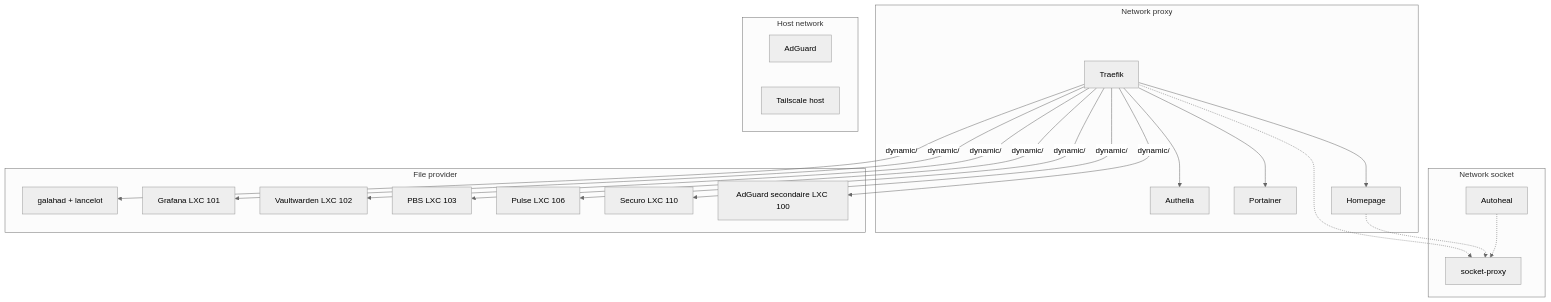
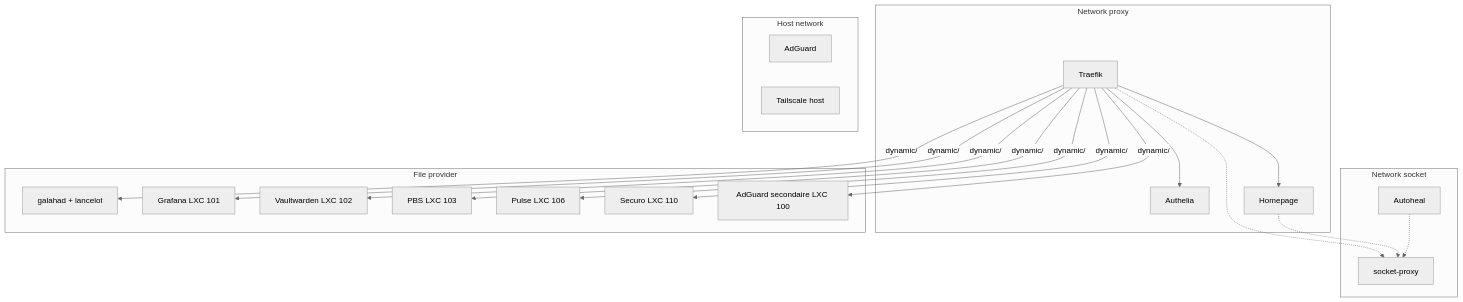
One commit to GabinSMD/homelab-doc changed the diagram in docs/services/index.md. Above: the diagram before and after it, drawn with Mermaid (neutral theme). The commit also changed other lines of this file and 3 other files, not shown here.

````diff
--- a/docs/services/index.md
+++ b/docs/services/index.md
@@ -110,30 +110,29 @@
 ```mermaid
 graph TB
     subgraph Network proxy
         Traefik --> Authelia
-        Traefik --> Portainer
         Traefik --> Homepage
     end
 
     subgraph Network socket
         SP[socket-proxy]
         Traefik -.-> SP
         Homepage -.-> SP
         Autoheal -.-> SP
     end
 
     subgraph Host network
         AdGuard
         Tailscale[Tailscale host]
     end
 
     subgraph File provider
         Traefik -->|dynamic/| PVE[galahad + lancelot]
         Traefik -->|dynamic/| Logs[Grafana LXC 101]
         Traefik -->|dynamic/| Vault[Vaultwarden LXC 102]
         Traefik -->|dynamic/| PBS[PBS LXC 103]
         Traefik -->|dynamic/| Pulse[Pulse LXC 106]
         Traefik -->|dynamic/| Securo[Securo LXC 110]
         Traefik -->|dynamic/| DnsFO[AdGuard secondaire LXC 100]
     end
 ```
````
